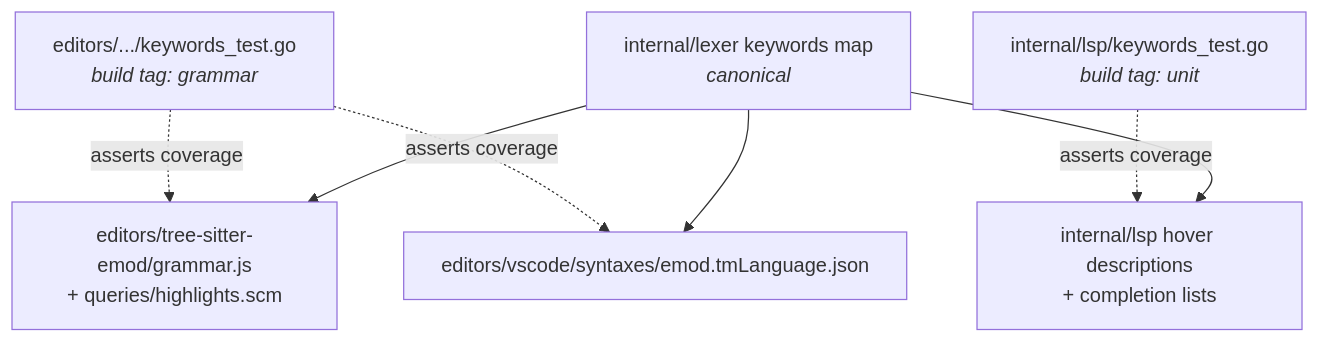
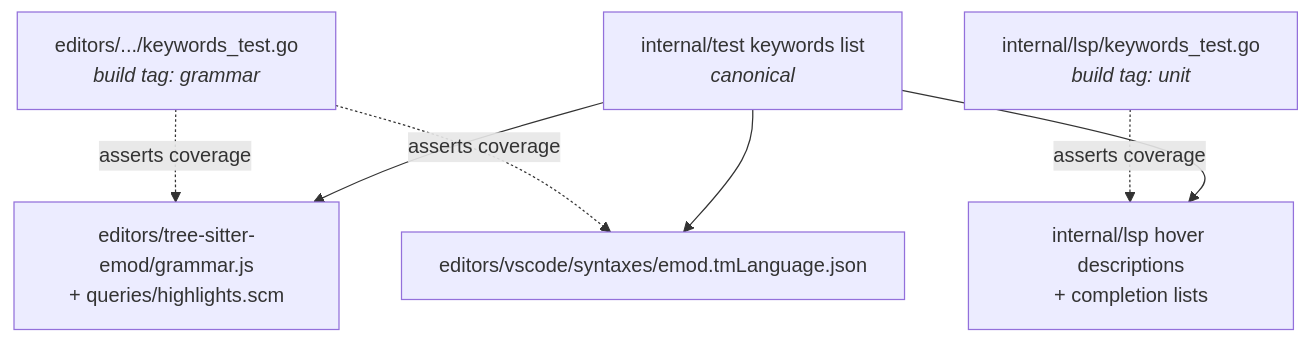
Before and after one commit to hpcsc/emod: the fifth of 5 diagrams in docs/architecture.md, drawn with Mermaid. The commit also changed other lines of this file and 47 other files, not shown here.

````diff
--- a/docs/architecture.md
+++ b/docs/architecture.md
@@ -335,11 +329,11 @@
 ```mermaid
 flowchart TD
-    KW["internal/lexer keywords map<br/><i>canonical</i>"]
+    KW["internal/test keywords list<br/><i>canonical</i>"]
     KW --> TS["editors/tree-sitter-emod/grammar.js<br/>+ queries/highlights.scm"]
     KW --> TM["editors/vscode/syntaxes/emod.tmLanguage.json"]
     KW --> LSPK["internal/lsp hover descriptions<br/>+ completion lists"]
 
     DRIFT["editors/.../keywords_test.go<br/><i>build tag: grammar</i>"] -. asserts coverage .-> TS
     DRIFT -. asserts coverage .-> TM
     LSPT["internal/lsp/keywords_test.go<br/><i>build tag: unit</i>"] -. asserts coverage .-> LSPK
 ```
````
